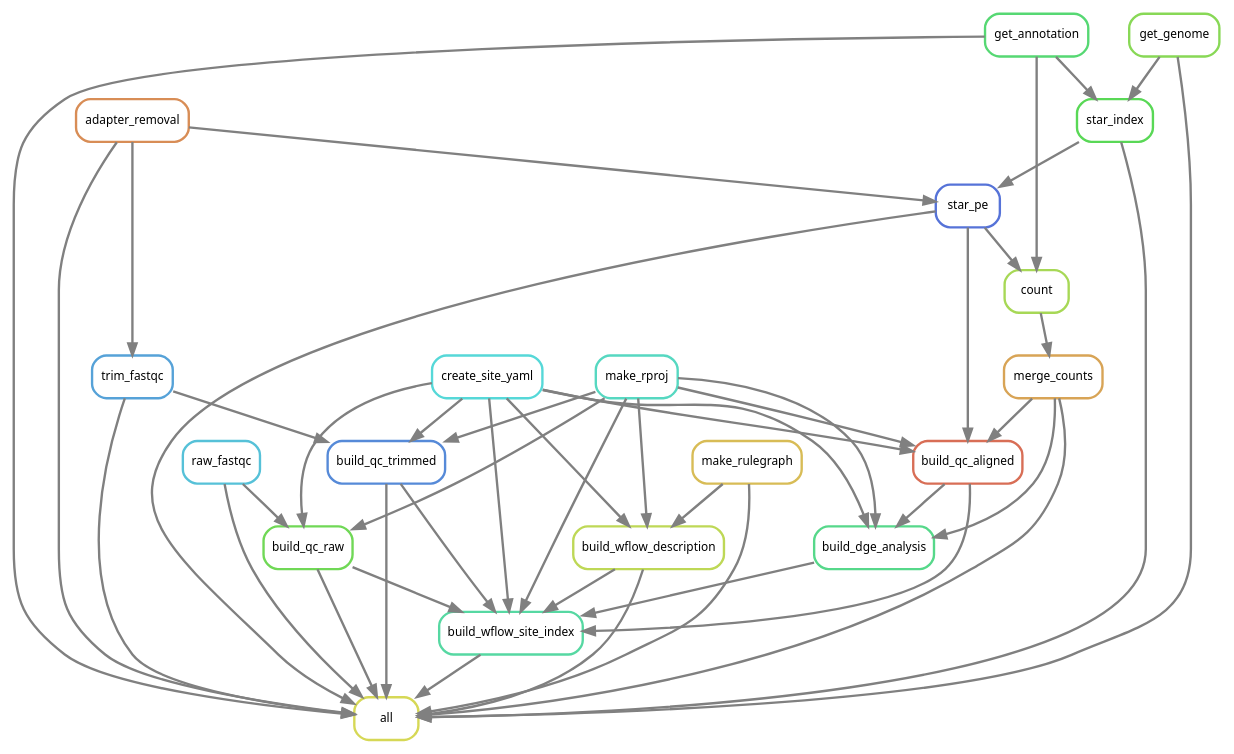
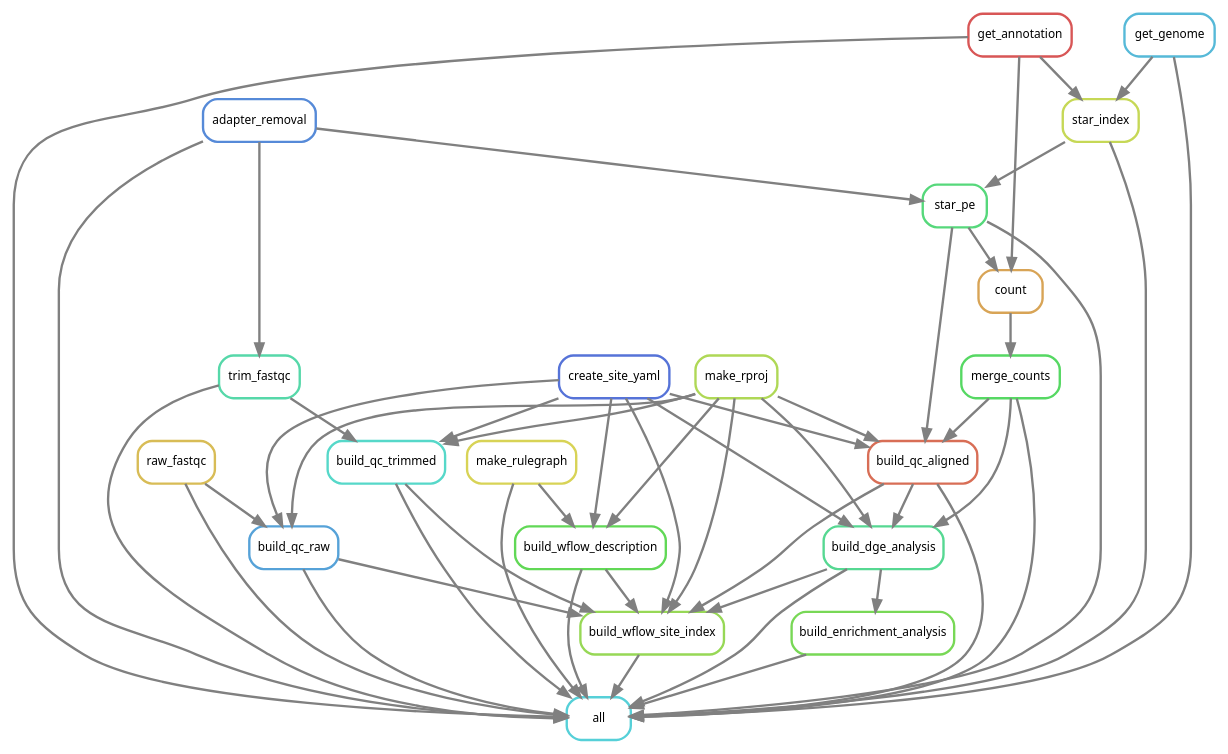
Before and after one commit to DRMCRL/T47D_ZR75_DHT_StrippedSerum_RNASeq: the diagram in rules/rulegraph.dot, drawn with Graphviz. The commit also changed 1 other file, not shown here.

Commit message:
Manually updated rulegraph

```diff
--- a/rules/rulegraph.dot
+++ b/rules/rulegraph.dot
@@ -1,69 +1,74 @@
 digraph snakemake_dag {
     graph[bgcolor=white, margin=0];
     node[shape=box, style=rounded, fontname=sans,                 fontsize=10, penwidth=2];
     edge[penwidth=2, color=grey];
-	0[label = "all", color = "0.17 0.6 0.85", style="rounded"];
-	1[label = "trim_fastqc", color = "0.57 0.6 0.85", style="rounded"];
-	2[label = "star_pe", color = "0.63 0.6 0.85", style="rounded"];
-	3[label = "adapter_removal", color = "0.07 0.6 0.85", style="rounded"];
-	4[label = "raw_fastqc", color = "0.53 0.6 0.85", style="rounded"];
-	5[label = "build_qc_trimmed", color = "0.60 0.6 0.85", style="rounded"];
-	6[label = "merge_counts", color = "0.10 0.6 0.85", style="rounded"];
-	7[label = "build_wflow_site_index", color = "0.43 0.6 0.85", style="rounded"];
-	8[label = "get_annotation", color = "0.37 0.6 0.85", style="rounded"];
-	9[label = "get_genome", color = "0.27 0.6 0.85", style="rounded"];
-	10[label = "make_rulegraph", color = "0.13 0.6 0.85", style="rounded"];
-	11[label = "star_index", color = "0.33 0.6 0.85", style="rounded"];
-	12[label = "build_qc_raw", color = "0.30 0.6 0.85", style="rounded"];
-	13[label = "build_wflow_description", color = "0.20 0.6 0.85", style="rounded"];
-	14[label = "create_site_yaml", color = "0.50 0.6 0.85", style="rounded"];
-	15[label = "make_rproj", color = "0.47 0.6 0.85", style="rounded"];
-	16[label = "count", color = "0.23 0.6 0.85", style="rounded"];
-	17[label = "build_qc_aligned", color = "0.03 0.6 0.85", style="rounded"];
-	18[label = "build_dge_analysis", color = "0.40 0.6 0.85", style="rounded"];
-	3 -> 0
-	6 -> 0
+	0[label = "all", color = "0.51 0.6 0.85", style="rounded"];
+	1[label = "trim_fastqc", color = "0.44 0.6 0.85", style="rounded"];
+	2[label = "star_pe", color = "0.38 0.6 0.85", style="rounded"];
+	3[label = "raw_fastqc", color = "0.13 0.6 0.85", style="rounded"];
+	4[label = "adapter_removal", color = "0.60 0.6 0.85", style="rounded"];
+	5[label = "build_wflow_site_index", color = "0.25 0.6 0.85", style="rounded"];
+	6[label = "build_enrichment_analysis", color = "0.29 0.6 0.85", style="rounded"];
+	7[label = "make_rulegraph", color = "0.16 0.6 0.85", style="rounded"];
+	8[label = "build_qc_trimmed", color = "0.48 0.6 0.85", style="rounded"];
+	9[label = "build_wflow_description", color = "0.32 0.6 0.85", style="rounded"];
+	10[label = "build_dge_analysis", color = "0.41 0.6 0.85", style="rounded"];
+	11[label = "get_annotation", color = "0.00 0.6 0.85", style="rounded"];
+	12[label = "star_index", color = "0.19 0.6 0.85", style="rounded"];
+	13[label = "build_qc_raw", color = "0.57 0.6 0.85", style="rounded"];
+	14[label = "merge_counts", color = "0.35 0.6 0.85", style="rounded"];
+	15[label = "build_qc_aligned", color = "0.03 0.6 0.85", style="rounded"];
+	16[label = "get_genome", color = "0.54 0.6 0.85", style="rounded"];
+	17[label = "make_rproj", color = "0.22 0.6 0.85", style="rounded"];
+	18[label = "create_site_yaml", color = "0.63 0.6 0.85", style="rounded"];
+	19[label = "count", color = "0.10 0.6 0.85", style="rounded"];
+	16 -> 0
+	11 -> 0
+	14 -> 0
+	2 -> 0
 	10 -> 0
 	13 -> 0
-	9 -> 0
-	12 -> 0
-	11 -> 0
+	15 -> 0
+	1 -> 0
+	3 -> 0
+	5 -> 0
+	6 -> 0
 	8 -> 0
 	7 -> 0
 	4 -> 0
-	1 -> 0
-	5 -> 0
-	2 -> 0
-	3 -> 1
-	11 -> 2
-	3 -> 2
+	12 -> 0
+	9 -> 0
+	4 -> 1
+	4 -> 2
+	12 -> 2
+	17 -> 5
+	10 -> 5
+	13 -> 5
 	15 -> 5
-	14 -> 5
-	1 -> 5
-	16 -> 6
-	17 -> 7
-	12 -> 7
-	18 -> 7
-	15 -> 7
-	14 -> 7
-	5 -> 7
-	13 -> 7
-	9 -> 11
-	8 -> 11
-	15 -> 12
-	14 -> 12
-	4 -> 12
-	15 -> 13
-	10 -> 13
-	14 -> 13
-	8 -> 16
-	2 -> 16
-	15 -> 17
-	14 -> 17
-	6 -> 17
-	2 -> 17
-	15 -> 18
-	17 -> 18
-	14 -> 18
-	6 -> 18
+	8 -> 5
+	18 -> 5
+	9 -> 5
+	10 -> 6
+	1 -> 8
+	17 -> 8
+	18 -> 8
+	18 -> 9
+	17 -> 9
+	7 -> 9
+	15 -> 10
+	18 -> 10
+	17 -> 10
+	14 -> 10
+	16 -> 12
+	11 -> 12
+	18 -> 13
+	3 -> 13
+	17 -> 13
+	19 -> 14
+	18 -> 15
+	17 -> 15
+	14 -> 15
+	2 -> 15
+	11 -> 19
+	2 -> 19
 }            
```
